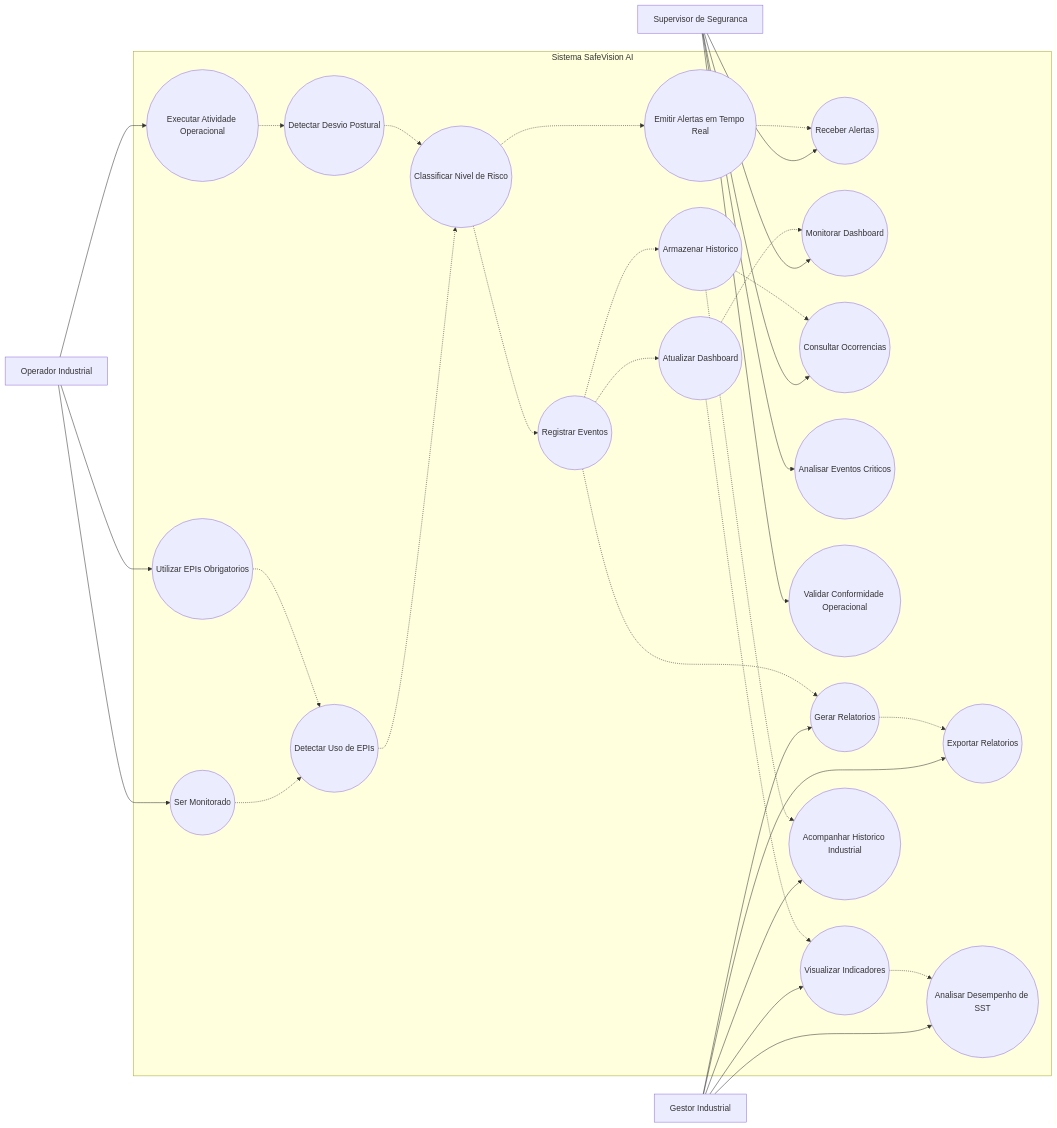
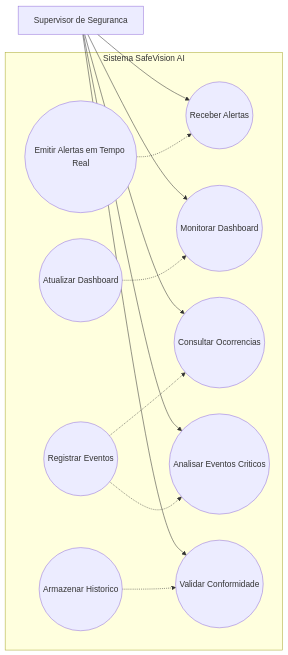
Before and after one commit to An4lu/SPRINT_EngenhariadeSoftware: the second of 3 diagrams in docs/diagramas/casos-de-uso.md, drawn with Mermaid. The commit also changed other lines of this file, not shown here.

Commit message:
fix(): melhorias diagrama caso de uso

````diff
--- a/docs/diagramas/casos-de-uso.md
+++ b/docs/diagramas/casos-de-uso.md
@@ -18,96 +50,31 @@
 ```mermaid
 flowchart LR
 
-%% ATORES
-
-Operador[Operador Industrial]
 Supervisor[Supervisor de Seguranca]
-Gestor[Gestor Industrial]
-
-%% SISTEMA
 
 subgraph SafeVisionAI [Sistema SafeVision AI]
 
-%% OPERADOR
-
-UC1((Ser Monitorado))
-UC2((Utilizar EPIs Obrigatorios))
-UC3((Executar Atividade Operacional))
-
-%% SUPERVISOR
-
-UC4((Receber Alertas))
-UC5((Monitorar Dashboard))
-UC6((Consultar Ocorrencias))
-UC7((Analisar Eventos Criticos))
-UC8((Validar Conformidade Operacional))
-
-%% GESTOR
-
-UC9((Visualizar Indicadores))
-UC10((Gerar Relatorios))
-UC11((Exportar Relatorios))
-UC12((Analisar Desempenho de SST))
-UC13((Acompanhar Historico Industrial))
-
-%% SISTEMA
-
-UC14((Detectar Uso de EPIs))
-UC15((Detectar Desvio Postural))
-UC16((Classificar Nivel de Risco))
-UC17((Registrar Eventos))
-UC18((Atualizar Dashboard))
-UC19((Armazenar Historico))
-UC20((Emitir Alertas em Tempo Real))
+UC1((Receber Alertas))
+UC2((Monitorar Dashboard))
+UC3((Consultar Ocorrencias))
+UC4((Analisar Eventos Criticos))
+UC5((Validar Conformidade))
+UC6((Emitir Alertas em Tempo Real))
+UC7((Atualizar Dashboard))
+UC8((Registrar Eventos))
+UC9((Armazenar Historico))
 
 end
 
-%% RELACIONAMENTOS OPERADOR
-
-Operador --> UC1
-Operador --> UC2
-Operador --> UC3
-
-%% RELACIONAMENTOS SUPERVISOR
-
+Supervisor --> UC1
+Supervisor --> UC2
+Supervisor --> UC3
 Supervisor --> UC4
 Supervisor --> UC5
-Supervisor --> UC6
-Supervisor --> UC7
-Supervisor --> UC8
 
-%% RELACIONAMENTOS GESTOR
-
-Gestor --> UC9
-Gestor --> UC10
-Gestor --> UC11
-Gestor --> UC12
-Gestor --> UC13
-
-%% FLUXOS INTERNOS
-
-UC1 -.-> UC14
-UC2 -.-> UC14
-
-UC3 -.-> UC15
-
-UC14 -.-> UC16
-UC15 -.-> UC16
-
-UC16 -.-> UC17
-UC17 -.-> UC18
-UC17 -.-> UC19
-UC16 -.-> UC20
-
-UC20 -.-> UC4
-UC18 -.-> UC5
-
-UC19 -.-> UC6
-UC19 -.-> UC13
-
-UC17 -.-> UC10
-UC10 -.-> UC11
-
-UC18 -.-> UC9
-UC9 -.-> UC12
+UC6 -.-> UC1
+UC7 -.-> UC2
+UC8 -.-> UC3
+UC8 -.-> UC4
+UC9 -.-> UC5
 ```
````
